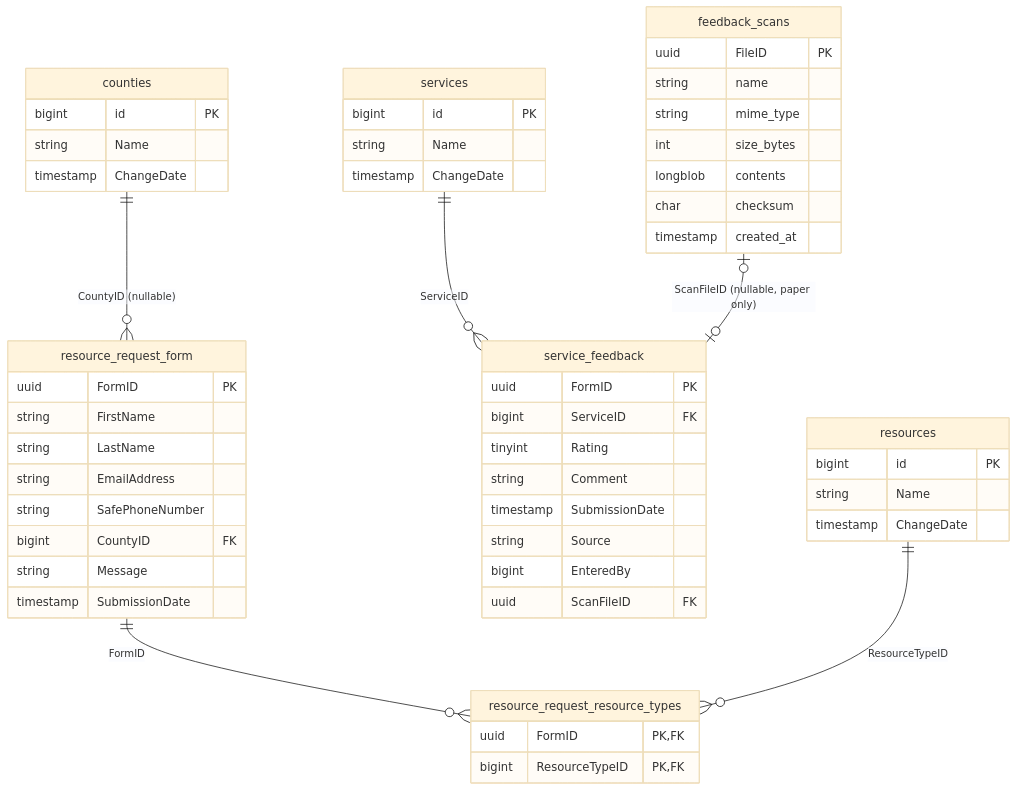
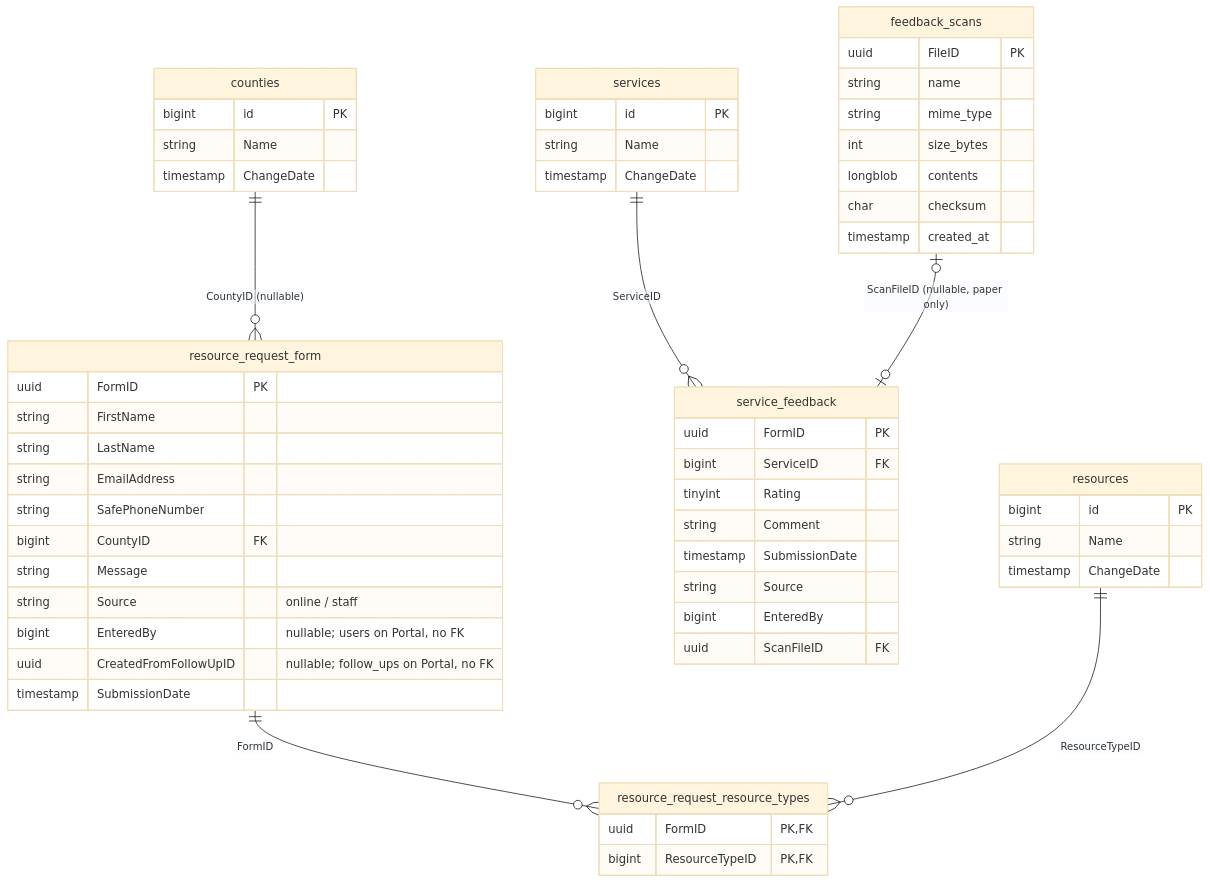
Before and after one commit to bhuddlez2/HarborSafeProject: the second of 3 diagrams in Schema_Reference.md, drawn with Mermaid (base theme). The commit also changed other lines of this file and 11 other files, not shown here.

````diff
--- a/Schema_Reference.md
+++ b/Schema_Reference.md
@@ -230,57 +230,60 @@
 ```mermaid
 erDiagram
     services {
         bigint id PK
         string Name
         timestamp ChangeDate
     }
     resources {
         bigint id PK
         string Name
         timestamp ChangeDate
     }
     counties {
         bigint id PK
         string Name
         timestamp ChangeDate
     }
     service_feedback {
         uuid FormID PK
         bigint ServiceID FK
         tinyint Rating
         string Comment
         timestamp SubmissionDate
         string Source
         bigint EnteredBy
         uuid ScanFileID FK
     }
     feedback_scans {
         uuid FileID PK
         string name
         string mime_type
         int size_bytes
         longblob contents
         char checksum
         timestamp created_at
     }
     resource_request_form {
         uuid FormID PK
         string FirstName
         string LastName
         string EmailAddress
         string SafePhoneNumber
         bigint CountyID FK
         string Message
+        string Source "online / staff"
+        bigint EnteredBy "nullable; users on Portal, no FK"
+        uuid CreatedFromFollowUpID "nullable; follow_ups on Portal, no FK"
         timestamp SubmissionDate
     }
     resource_request_resource_types {
         uuid FormID PK,FK
         bigint ResourceTypeID PK,FK
     }
 
     services ||--o{ service_feedback : "ServiceID"
     feedback_scans |o--o| service_feedback : "ScanFileID (nullable, paper only)"
     counties ||--o{ resource_request_form : "CountyID (nullable)"
     resource_request_form ||--o{ resource_request_resource_types : "FormID"
     resources ||--o{ resource_request_resource_types : "ResourceTypeID"
 ```
````
